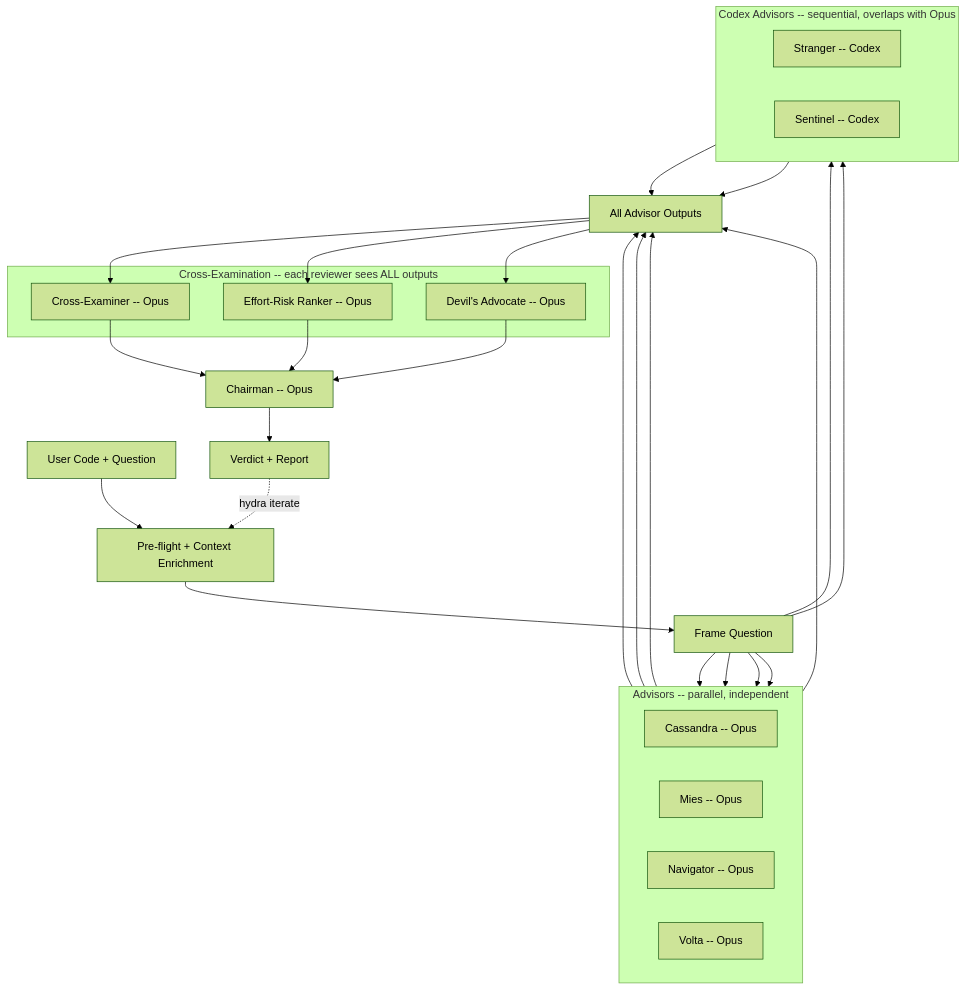
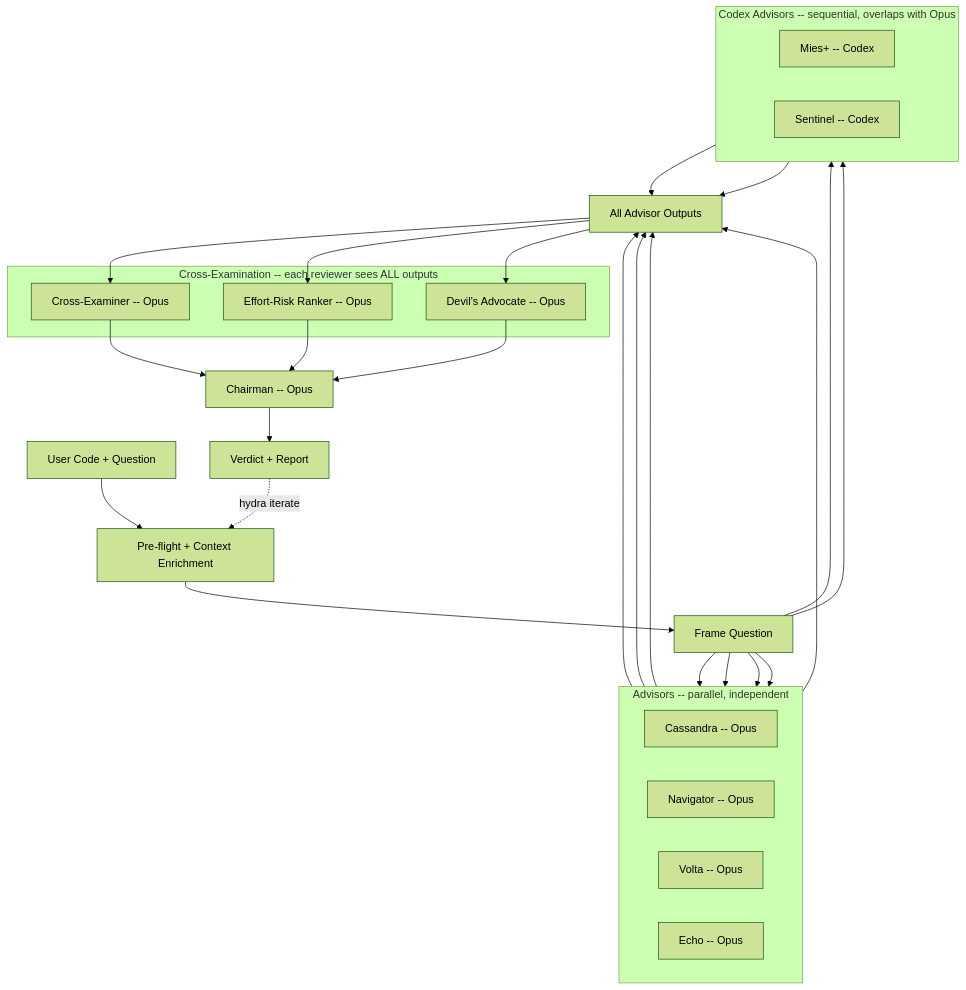
Before and after one commit to Zandereins/hydra: the diagram in README.md, drawn with Mermaid (forest theme). The commit also changed other lines of this file and 7 other files, not shown here.

First line of the commit message:
Hydra v2.0 Track-1: grounding-lite, suspicious-verdict gate, Echo advisor, Mies+ fusion (#8)

````diff
--- a/README.md
+++ b/README.md
@@ -52,42 +52,42 @@
 ```mermaid
 graph TD
     A[User Code + Question] --> B[Pre-flight + Context Enrichment]
     B --> C[Frame Question]
 
     C --> D1[Cassandra -- Opus]
-    C --> D2[Mies -- Opus]
-    C --> D3[Navigator -- Opus]
-    C --> D4[Volta -- Opus]
-    C --> D5[Stranger -- Codex]
+    C --> D2[Navigator -- Opus]
+    C --> D3[Volta -- Opus]
+    C --> D4[Echo -- Opus]
+    C --> D5[Mies+ -- Codex]
     C --> D6[Sentinel -- Codex]
 
     subgraph "Advisors -- parallel, independent"
         direction LR
         D1
         D2
         D3
         D4
     end
 
     subgraph "Codex Advisors -- sequential, overlaps with Opus"
         direction LR
         D5
         D6
     end
 
     D1 & D2 & D3 & D4 & D5 & D6 --> E[All Advisor Outputs]
 
     E --> R1[Cross-Examiner -- Opus]
     E --> R2[Effort-Risk Ranker -- Opus]
     E --> R3[Devil's Advocate -- Opus]
 
     subgraph "Cross-Examination -- each reviewer sees ALL outputs"
         R1
         R2
         R3
     end
 
     R1 & R2 & R3 --> F[Chairman -- Opus]
     F --> G[Verdict + Report]
     G -. hydra iterate .-> B
 ```
````
